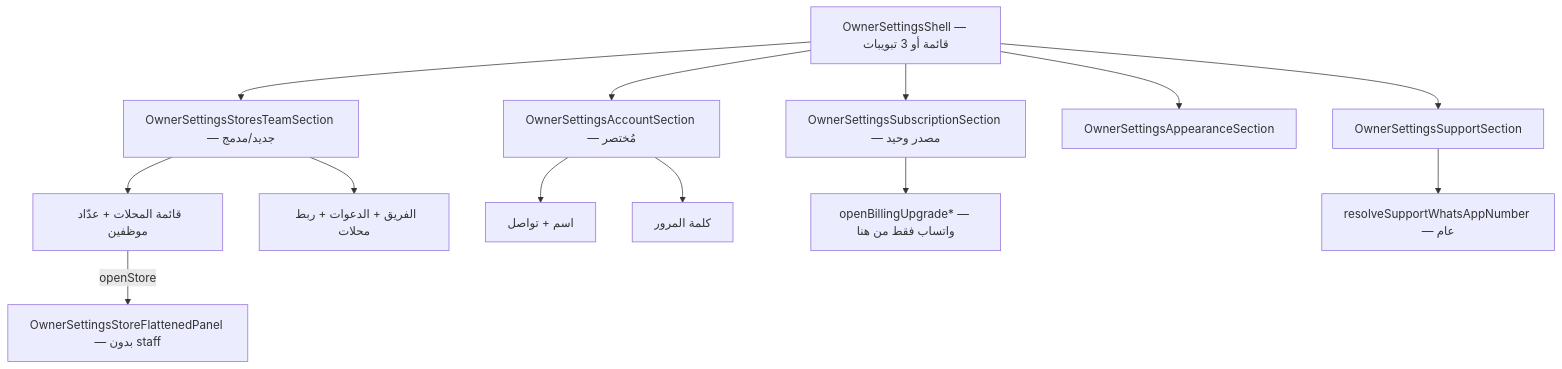
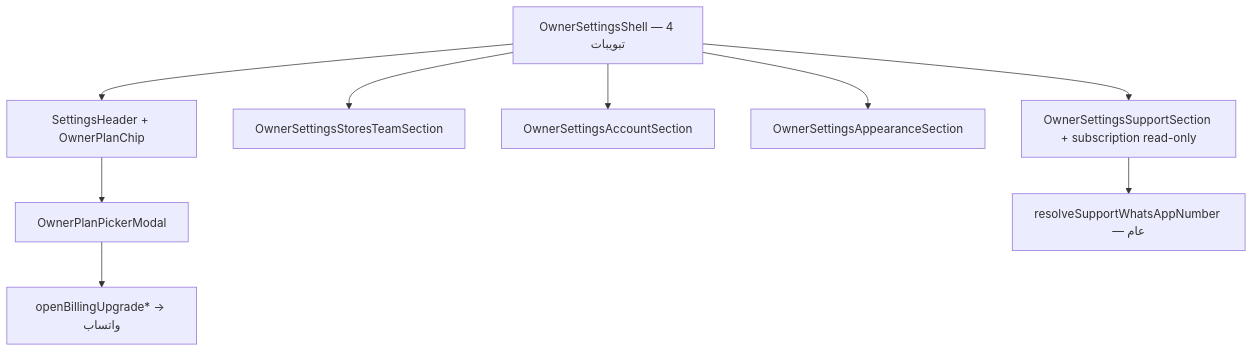
Before and after one commit to hajrix01-star/taqfeelah: the fifth of 5 diagrams in docs/OWNER_SETTINGS_IA_PLAN.md, drawn with Mermaid. The commit also changed other lines of this file and 1 other file, not shown here.

First line of the commit message:
docs: add plan chip + picker modal to settings IA spec

````diff
--- a/docs/OWNER_SETTINGS_IA_PLAN.md
+++ b/docs/OWNER_SETTINGS_IA_PLAN.md
@@ -247,20 +310,15 @@
 ```mermaid
 flowchart TB
-  Shell["OwnerSettingsShell — قائمة أو 3 تبويبات"]
+  Shell["OwnerSettingsShell — 4 تبويبات"]
 
-  Shell --> StoresTeam["OwnerSettingsStoresTeamSection — جديد/مدمج"]
-  Shell --> Account["OwnerSettingsAccountSection — مُختصر"]
-  Shell --> Subscription["OwnerSettingsSubscriptionSection — مصدر وحيد"]
+  Shell --> Header["SettingsHeader + OwnerPlanChip"]
+  Header --> Modal["OwnerPlanPickerModal"]
+
+  Shell --> StoresTeam["OwnerSettingsStoresTeamSection"]
+  Shell --> Account["OwnerSettingsAccountSection"]
   Shell --> Appearance["OwnerSettingsAppearanceSection"]
-  Shell --> Support["OwnerSettingsSupportSection"]
+  Shell --> Support["OwnerSettingsSupportSection + subscription read-only"]
 
-  StoresTeam --> StoreList["قائمة المحلات + عدّاد موظفين"]
-  StoresTeam --> TeamBlock["الفريق + الدعوات + ربط محلات"]
-  StoreList -->|"openStore"| StorePanel["OwnerSettingsStoreFlattenedPanel — بدون staff"]
-
-  Account --> Identity["اسم + تواصل"]
-  Account --> Security["كلمة المرور"]
-
-  Subscription --> Upgrade["openBillingUpgrade* — واتساب فقط من هنا"]
+  Modal --> Upgrade["openBillingUpgrade* → واتساب"]
   Support --> WhatsApp["resolveSupportWhatsAppNumber — عام"]
 ```
````
